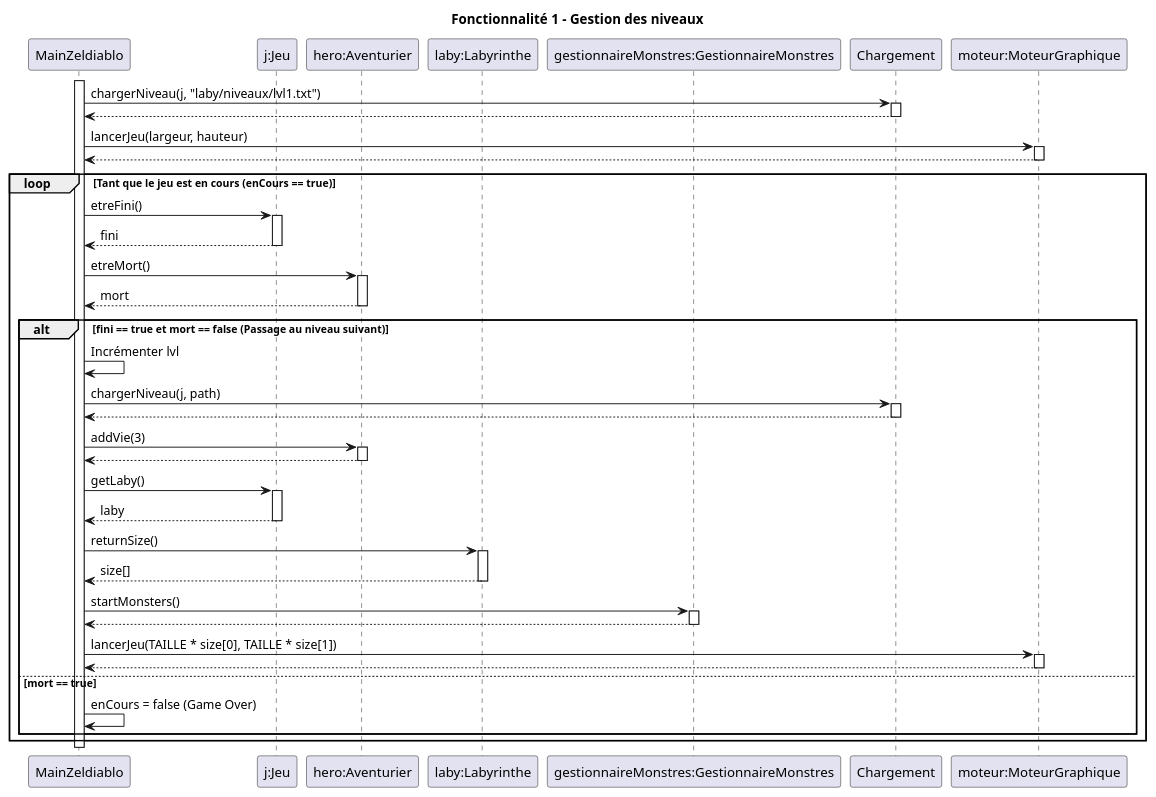
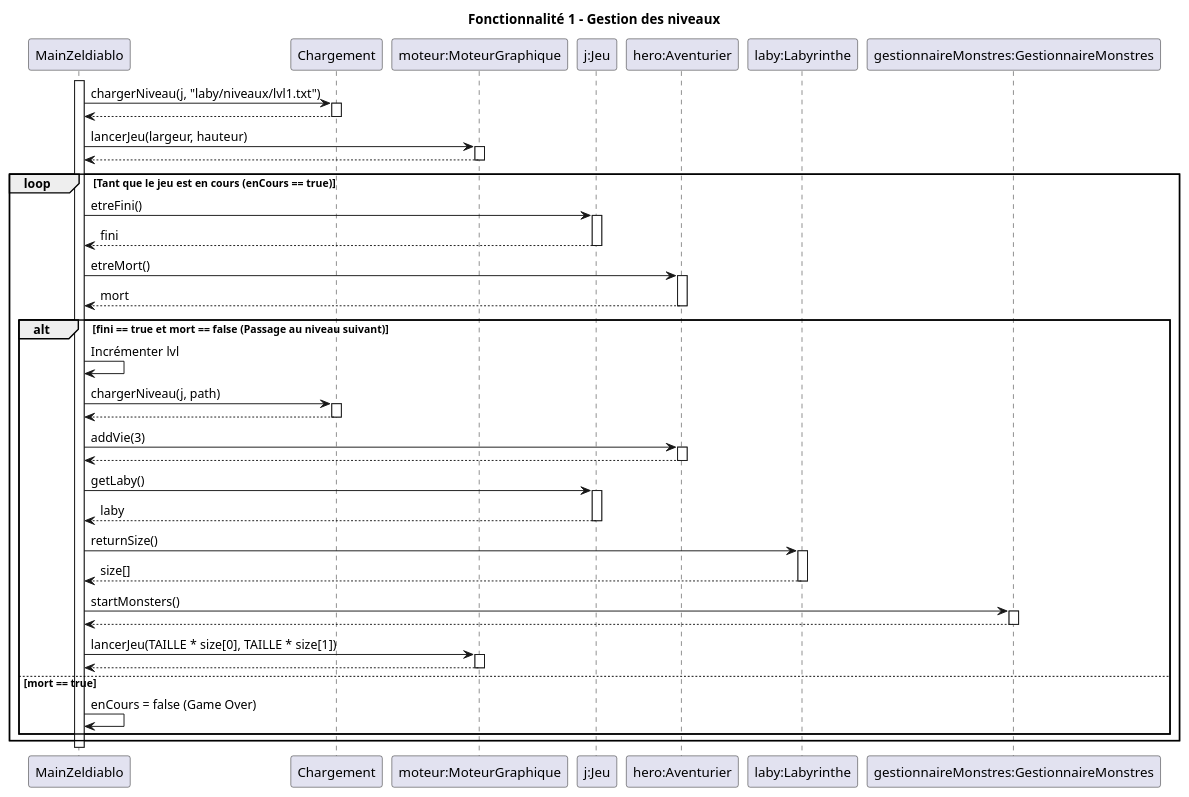
The diagram in documents/version_2/Diagrammes Séquence/Fonctionnalité 1.puml (lucas-martinati-pro/SAE_S2.01_Zeldiablo-LucasM_JeanLM_PierreGSV), drawn with PlantUML before and after one commit. The commit also changed other lines of this file, not shown here.

Commit message:
edit: Diagramme de séquence fonctionnalité 1, modification de l'ordre des classe

```diff
--- a/documents/version_2/Diagrammes Séquence/Fonctionnalité 1.puml
+++ b/documents/version_2/Diagrammes Séquence/Fonctionnalité 1.puml
@@ -1,72 +1,72 @@
 @startuml
 title Fonctionnalité 1 - Gestion des niveaux
 
 participant "MainZeldiablo" as Main
+participant "Chargement" as Chargement
+participant "moteur:MoteurGraphique" as Moteur
 participant "j:Jeu" as Jeu
 participant "hero:Aventurier" as Hero
 participant "laby:Labyrinthe" as Laby
 participant "gestionnaireMonstres:GestionnaireMonstres" as GM
-participant "Chargement" as Chargement
-participant "moteur:MoteurGraphique" as Moteur
 
 activate Main
 
 Main -> Chargement : chargerNiveau(j, "laby/niveaux/lvl1.txt")
 activate Chargement
 Chargement --> Main
 deactivate Chargement
 
 Main -> Moteur : lancerJeu(largeur, hauteur)
 activate Moteur
 Moteur --> Main
 deactivate Moteur
 
 loop Tant que le jeu est en cours (enCours == true)
     Main -> Jeu : etreFini()
     activate Jeu
     Jeu --> Main : fini
     deactivate Jeu
 
     Main -> Hero : etreMort()
     activate Hero
     Hero --> Main : mort
     deactivate Hero
 
     alt fini == true et mort == false (Passage au niveau suivant)
         Main -> Main : Incrémenter lvl
         Main -> Chargement : chargerNiveau(j, path)
         activate Chargement
         Chargement --> Main
         deactivate Chargement
 
         Main -> Hero : addVie(3)
         activate Hero
         Hero --> Main
         deactivate Hero
 
         Main -> Jeu : getLaby()
         activate Jeu
         Jeu --> Main : laby
         deactivate Jeu
 
         Main -> Laby : returnSize()
         activate Laby
         Laby --> Main : size[]
         deactivate Laby
 
         Main -> GM : startMonsters()
         activate GM
         GM --> Main
         deactivate GM
 
         Main -> Moteur : lancerJeu(TAILLE * size[0], TAILLE * size[1])
         activate Moteur
         Moteur --> Main
         deactivate Moteur
     else mort == true
         Main -> Main : enCours = false (Game Over)
     end
 end
 
 deactivate Main
 @enduml
```
